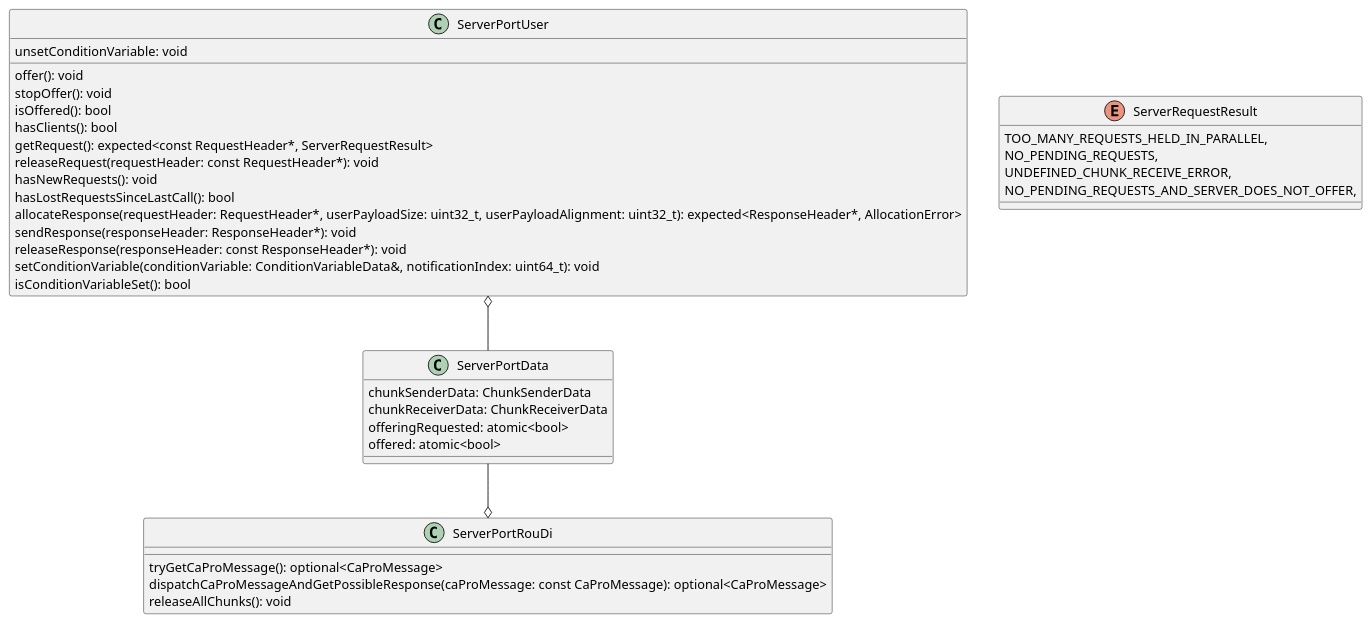
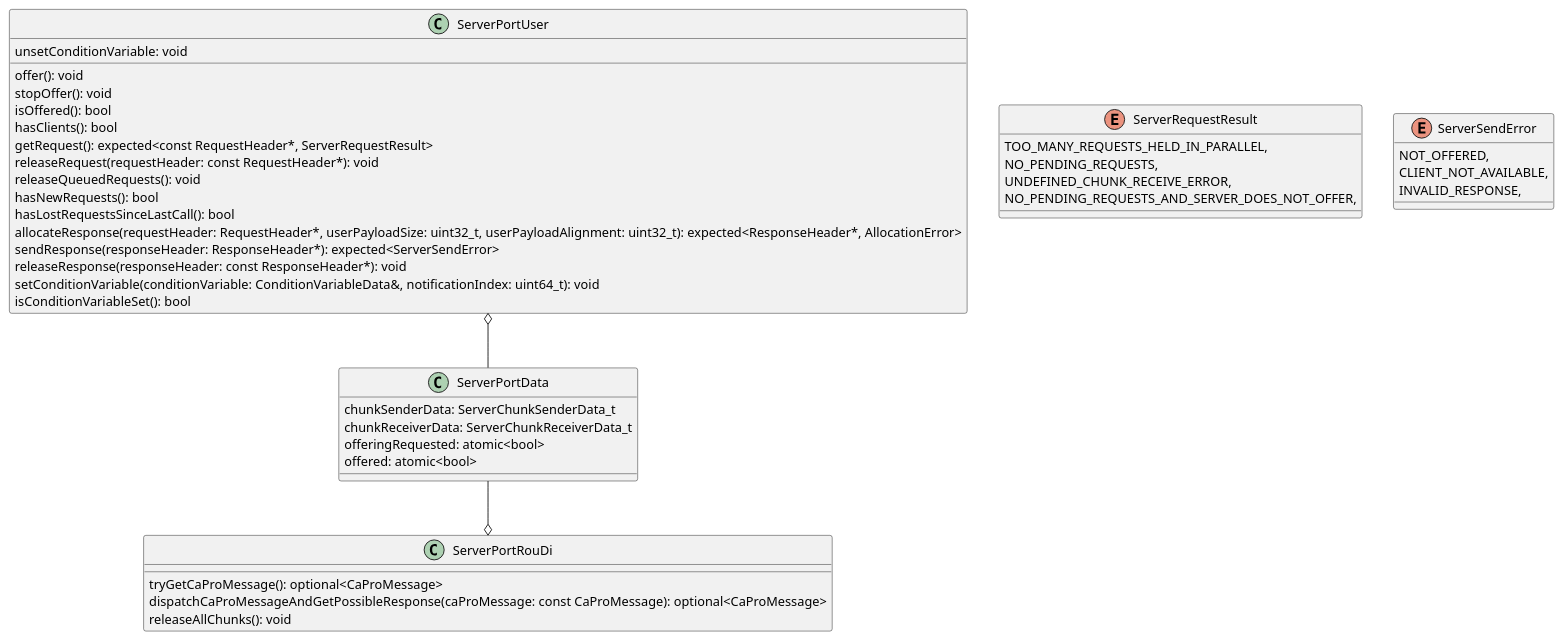
One commit to eclipse-iceoryx/iceoryx changed the diagram in doc/design/diagrams/request_response/server_port.puml. Above: the diagram before and after it, drawn with PlantUML. The commit also changed 4 other files, not shown here.

Commit message:
iox-#743 Adjust plant uml diagrams

```diff
--- a/doc/design/diagrams/request_response/server_port.puml
+++ b/doc/design/diagrams/request_response/server_port.puml
@@ -1,44 +1,51 @@
 @startuml
 
 class ServerPortData {
-  chunkSenderData: ChunkSenderData
-  chunkReceiverData: ChunkReceiverData
+  chunkSenderData: ServerChunkSenderData_t
+  chunkReceiverData: ServerChunkReceiverData_t
   offeringRequested: atomic<bool>
   offered: atomic<bool>
 }
 
 
 enum ServerRequestResult {
     TOO_MANY_REQUESTS_HELD_IN_PARALLEL,
     NO_PENDING_REQUESTS,
     UNDEFINED_CHUNK_RECEIVE_ERROR,
     NO_PENDING_REQUESTS_AND_SERVER_DOES_NOT_OFFER,
 }
 
+enum ServerSendError {
+    NOT_OFFERED,
+    CLIENT_NOT_AVAILABLE,
+    INVALID_RESPONSE,
+}
+
 class ServerPortUser {
   offer(): void
   stopOffer(): void
   isOffered(): bool
   hasClients(): bool
   getRequest(): expected<const RequestHeader*, ServerRequestResult>
   releaseRequest(requestHeader: const RequestHeader*): void
-  hasNewRequests(): void
+  releaseQueuedRequests(): void
+  hasNewRequests(): bool
   hasLostRequestsSinceLastCall(): bool
   allocateResponse(requestHeader: RequestHeader*, userPayloadSize: uint32_t, userPayloadAlignment: uint32_t): expected<ResponseHeader*, AllocationError>
-  sendResponse(responseHeader: ResponseHeader*): void
+  sendResponse(responseHeader: ResponseHeader*): expected<ServerSendError>
   releaseResponse(responseHeader: const ResponseHeader*): void
   setConditionVariable(conditionVariable: ConditionVariableData&, notificationIndex: uint64_t): void
   unsetConditionVariable: void
   isConditionVariableSet(): bool
 }
 
 class ServerPortRouDi {
   tryGetCaProMessage(): optional<CaProMessage>
   dispatchCaProMessageAndGetPossibleResponse(caProMessage: const CaProMessage): optional<CaProMessage>
   releaseAllChunks(): void
 }
 
 ServerPortUser o-- ServerPortData
 ServerPortData --o ServerPortRouDi
 
 @enduml
```
